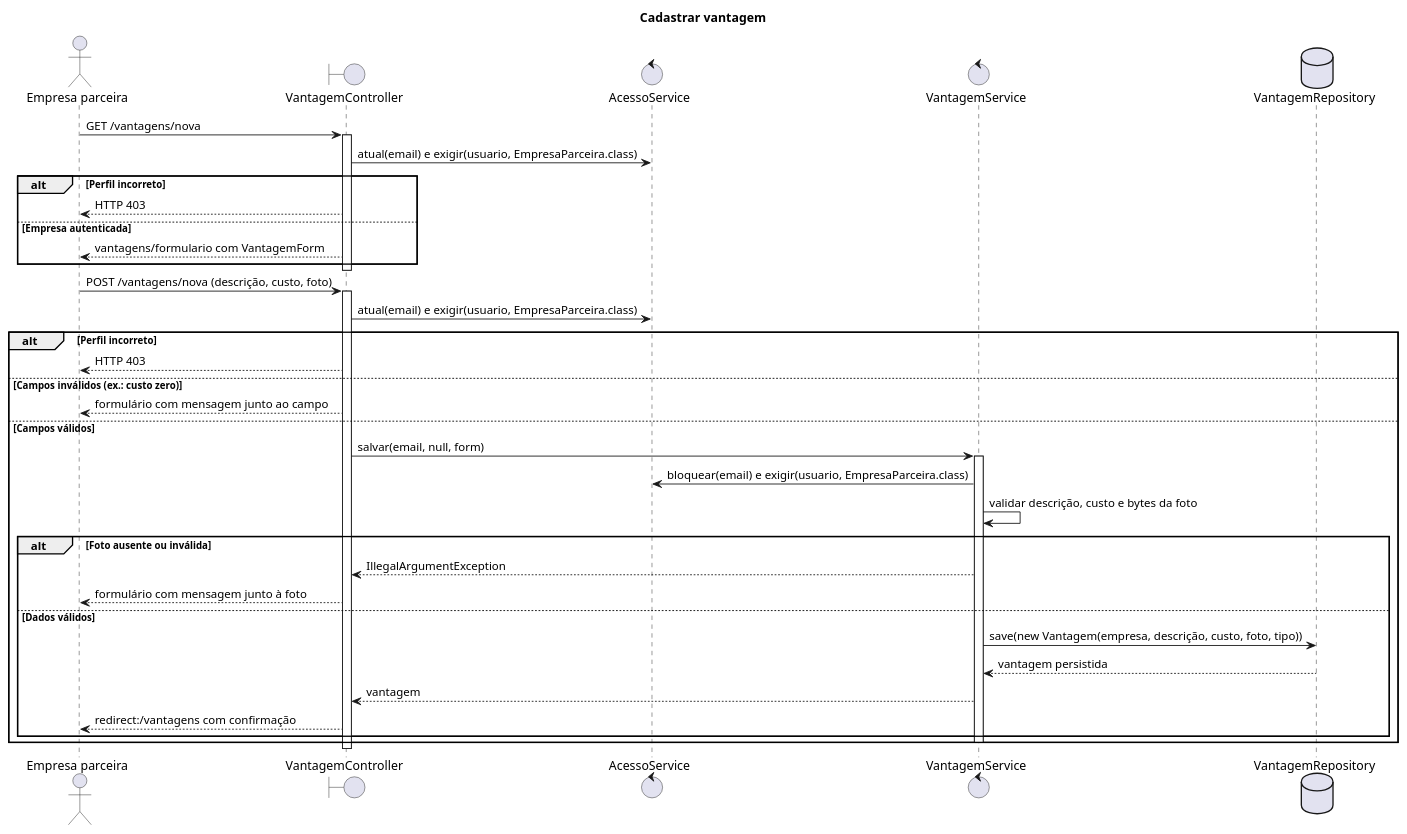
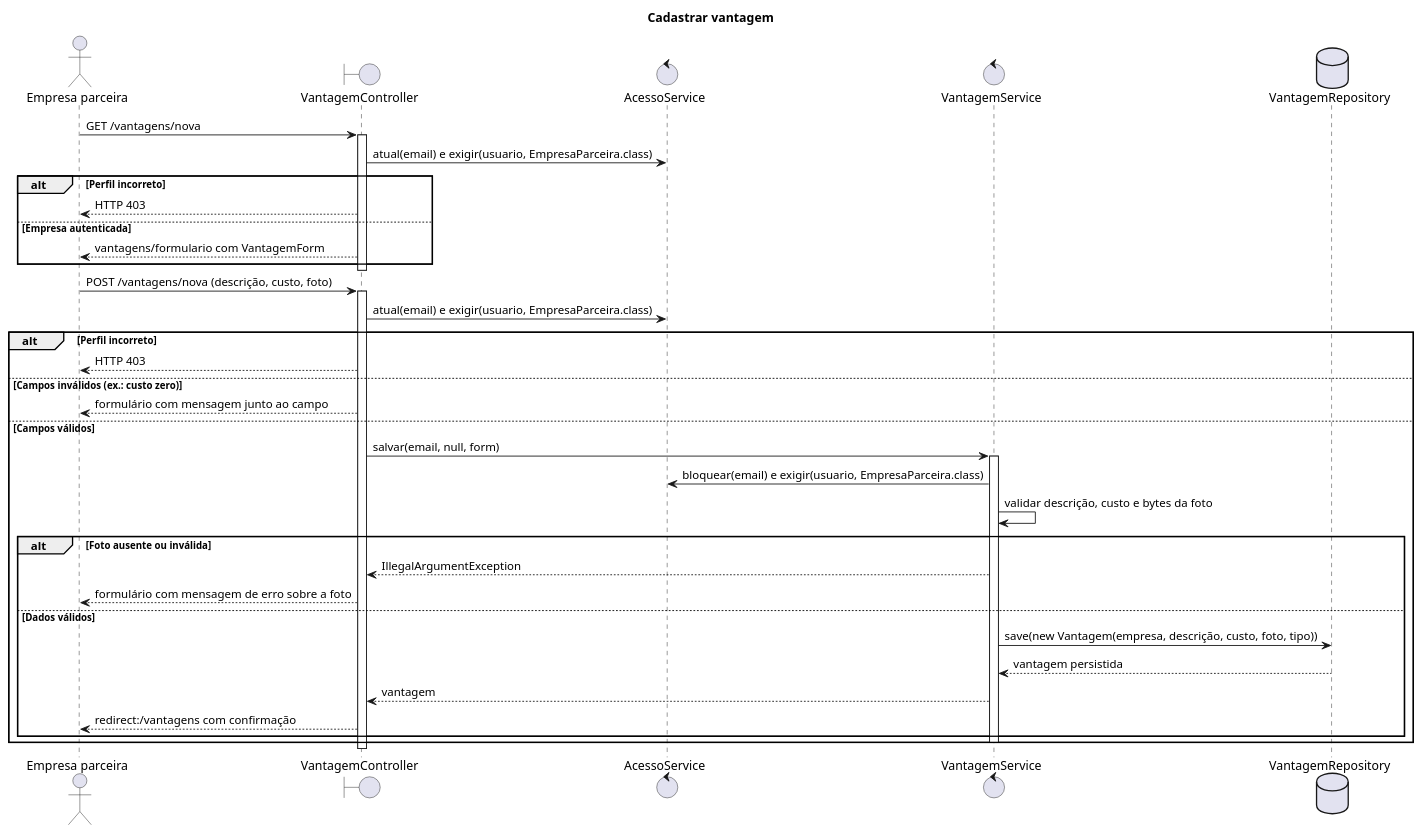
One commit to lucasnmc12/lab03-moeda-estudantil changed the diagram in docs/lab04/sprint2/diagramas/cadastrar-vantagem.puml. Above: the diagram before and after it, drawn with PlantUML. The commit also changed 3 other files, not shown here.

```diff
--- a/docs/lab04/sprint2/diagramas/cadastrar-vantagem.puml
+++ b/docs/lab04/sprint2/diagramas/cadastrar-vantagem.puml
@@ -1,41 +1,41 @@
 @startuml
 title Cadastrar vantagem
 actor "Empresa parceira" as P
 boundary "VantagemController" as C
 control "AcessoService" as A
 control "VantagemService" as S
 database "VantagemRepository" as R
 P -> C : GET /vantagens/nova
 activate C
 C -> A : atual(email) e exigir(usuario, EmpresaParceira.class)
 alt Perfil incorreto
   C --> P : HTTP 403
 else Empresa autenticada
   C --> P : vantagens/formulario com VantagemForm
 end
 deactivate C
 P -> C : POST /vantagens/nova (descrição, custo, foto)
 activate C
 C -> A : atual(email) e exigir(usuario, EmpresaParceira.class)
 alt Perfil incorreto
   C --> P : HTTP 403
 else Campos inválidos (ex.: custo zero)
   C --> P : formulário com mensagem junto ao campo
 else Campos válidos
   C -> S : salvar(email, null, form)
   activate S
   S -> A : bloquear(email) e exigir(usuario, EmpresaParceira.class)
   S -> S : validar descrição, custo e bytes da foto
   alt Foto ausente ou inválida
     S --> C : IllegalArgumentException
-    C --> P : formulário com mensagem junto à foto
+    C --> P : formulário com mensagem de erro sobre a foto
   else Dados válidos
     S -> R : save(new Vantagem(empresa, descrição, custo, foto, tipo))
     R --> S : vantagem persistida
     S --> C : vantagem
     C --> P : redirect:/vantagens com confirmação
   end
   deactivate S
 end
 deactivate C
 @enduml
```
